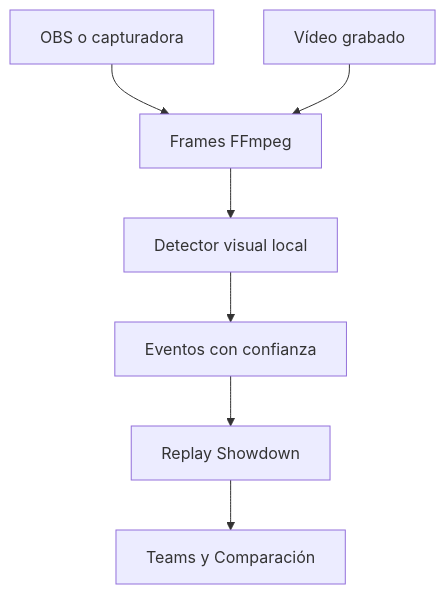
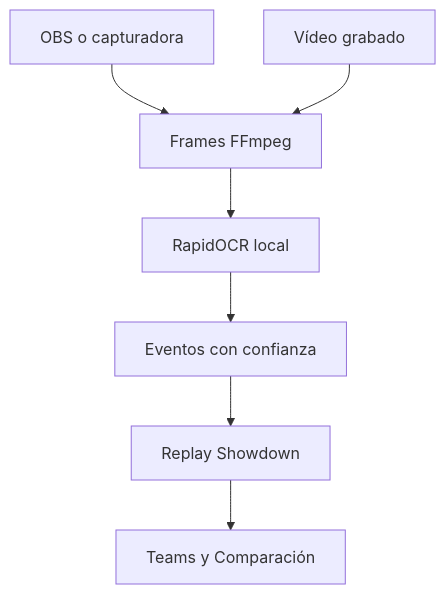
The diagram in docs/champions-replay.md (Iesyo/pkmn), drawn with Mermaid before and after one commit. The commit also changed other lines of this file and 11 other files, not shown here.

````diff
--- a/docs/champions-replay.md
+++ b/docs/champions-replay.md
@@ -11,9 +11,9 @@
 ```mermaid
 flowchart TD
     LIVE[OBS o capturadora] --> FRAMES[Frames FFmpeg]
     VIDEO[Vídeo grabado] --> FRAMES
-    FRAMES --> VISION[Detector visual local]
-    VISION --> EVENTS[Eventos con confianza]
+    FRAMES --> OCR[RapidOCR local]
+    OCR --> EVENTS[Eventos con confianza]
     EVENTS --> REPLAY[Replay Showdown]
     REPLAY --> STATS[Teams y Comparación]
 ```
````
